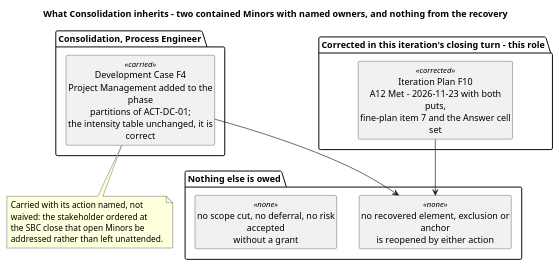
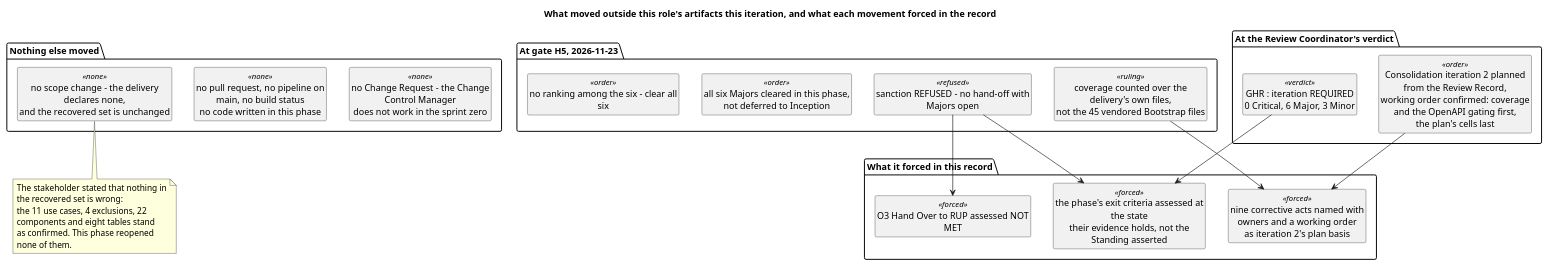
One commit to banense-test/TodoApp changed the sixth of 7 diagrams in docs/artifacts/project-management/iteration-assessment.md. Above: the diagram before and after it, drawn with PlantUML. The commit also changed other lines of this file, not shown here.

First line of the commit message:
Project Manager [Consolidation1]: upsert Iteration Assessment

````diff
--- a/docs/artifacts/project-management/iteration-assessment.md
+++ b/docs/artifacts/project-management/iteration-assessment.md
@@ -321,26 +377,44 @@
 ```plantuml
 @startuml
-title What Consolidation inherits - two contained Minors with named owners, and nothing from the recovery
+title What moved outside this role's artifacts this iteration, and what each movement forced in the record
 skinparam shadowing false
 skinparam wrapWidth 240
 hide circle
 hide empty members
 
-package "Corrected in this iteration's closing turn - this role" {
-  class "Iteration Plan F10\nA12 Met - 2026-11-23 with both puts,\nfine-plan item 7 and the Answer cell set" as M1 <<corrected>>
+package "At gate H5, 2026-11-23" {
+  class "sanction REFUSED - no hand-off with Majors open" as S1 <<refused>>
+  class "coverage counted over the delivery's own files,\nnot the 45 vendored Bootstrap files" as S2 <<ruling>>
+  class "all six Majors cleared in this phase,\nnot deferred to Inception" as S3 <<order>>
+  class "no ranking among the six - clear all six" as S4 <<order>>
 }
-package "Consolidation, Process Engineer" {
-  class "Development Case F4\nProject Management added to the phase\npartitions of ACT-DC-01;\nthe intensity table unchanged, it is correct" as P1 <<carried>>
+
+package "At the Review Coordinator's verdict" {
+  class "GHR : iteration REQUIRED\n0 Critical, 6 Major, 3 Minor" as R1 <<verdict>>
+  class "Consolidation iteration 2 planned from the Review Record,\nworking order confirmed: coverage and the OpenAPI gating first,\nthe plan's cells last" as R2 <<order>>
 }
-package "Nothing else is owed" {
-  class "no recovered element, exclusion or anchor\nis reopened by either action" as N1 <<none>>
-  class "no scope cut, no deferral, no risk accepted\nwithout a grant" as N2 <<none>>
+
+package "What it forced in this record" {
+  class "O3 Hand Over to RUP assessed NOT MET" as F1 <<forced>>
+  class "the phase's exit criteria assessed at the state\ntheir evidence holds, not the Standing asserted" as F2 <<forced>>
+  class "nine corrective acts named with owners and a working order\nas iteration 2's plan basis" as F3 <<forced>>
 }
-M1 --> N1
-P1 --> N1
-note bottom of P1
-  Carried with its action named, not waived: the stakeholder ordered at
-  the SBC close that open Minors be addressed rather than left unattended.
+
+package "Nothing else moved" {
+  class "no Change Request - the Change Control Manager\ndoes not work in the sprint zero" as N1 <<none>>
+  class "no pull request, no pipeline on main, no build status\nno code written in this phase" as N2 <<none>>
+  class "no scope change - the delivery declares none,\nand the recovered set is unchanged" as N3 <<none>>
+}
+
+S1 --> F1
+S1 --> F2
+R1 --> F2
+R2 --> F3
+S2 --> F3
+note bottom of N3
+  The stakeholder stated that nothing in the recovered set is wrong:
+  the 11 use cases, 4 exclusions, 22 components and eight tables stand
+  as confirmed. This phase reopened none of them.
 end note
 @enduml
 ```
````
